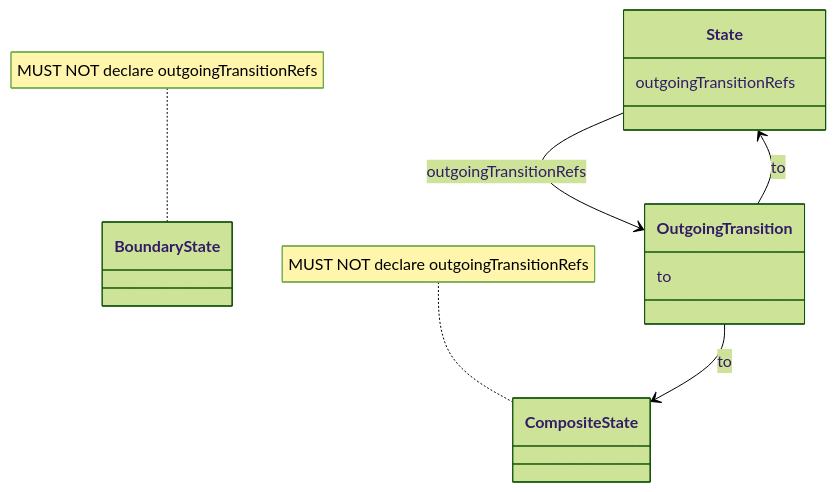
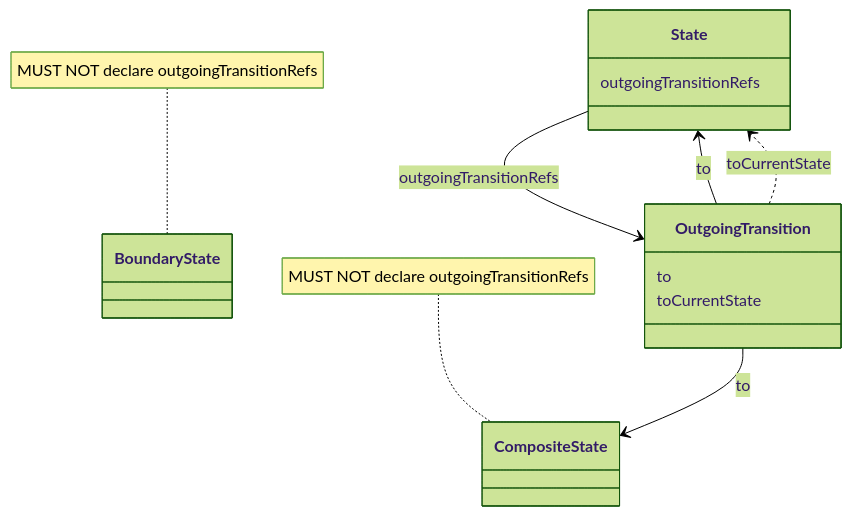
The tenth of 10 diagrams in specs/ed/graph/index.md (openuji/spec-ujg), drawn with Mermaid (forest theme) before and after one commit. The commit also changed other lines of this file and 9 other files, not shown here.

````diff
--- a/specs/ed/graph/index.md
+++ b/specs/ed/graph/index.md
@@ -642,18 +690,20 @@
 ```mermaid
 classDiagram
   class State {
     outgoingTransitionRefs
   }
   class CompositeState
   class BoundaryState
   class OutgoingTransition {
     to
+    toCurrentState
   }
 
   State --> OutgoingTransition : outgoingTransitionRefs
   OutgoingTransition --> State : to
   OutgoingTransition --> CompositeState : to
+  OutgoingTransition ..> State : toCurrentState
 
   note for CompositeState "MUST NOT declare outgoingTransitionRefs"
   note for BoundaryState "MUST NOT declare outgoingTransitionRefs"
 ```
````
